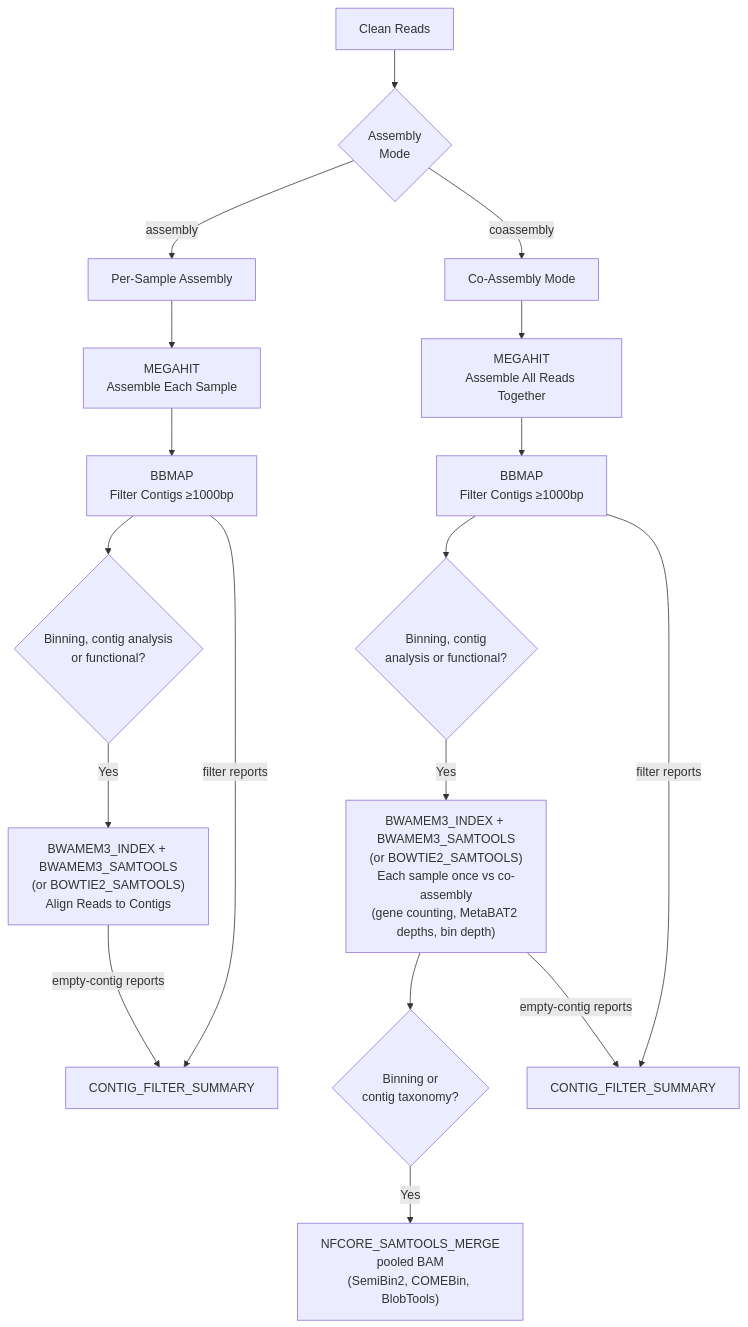
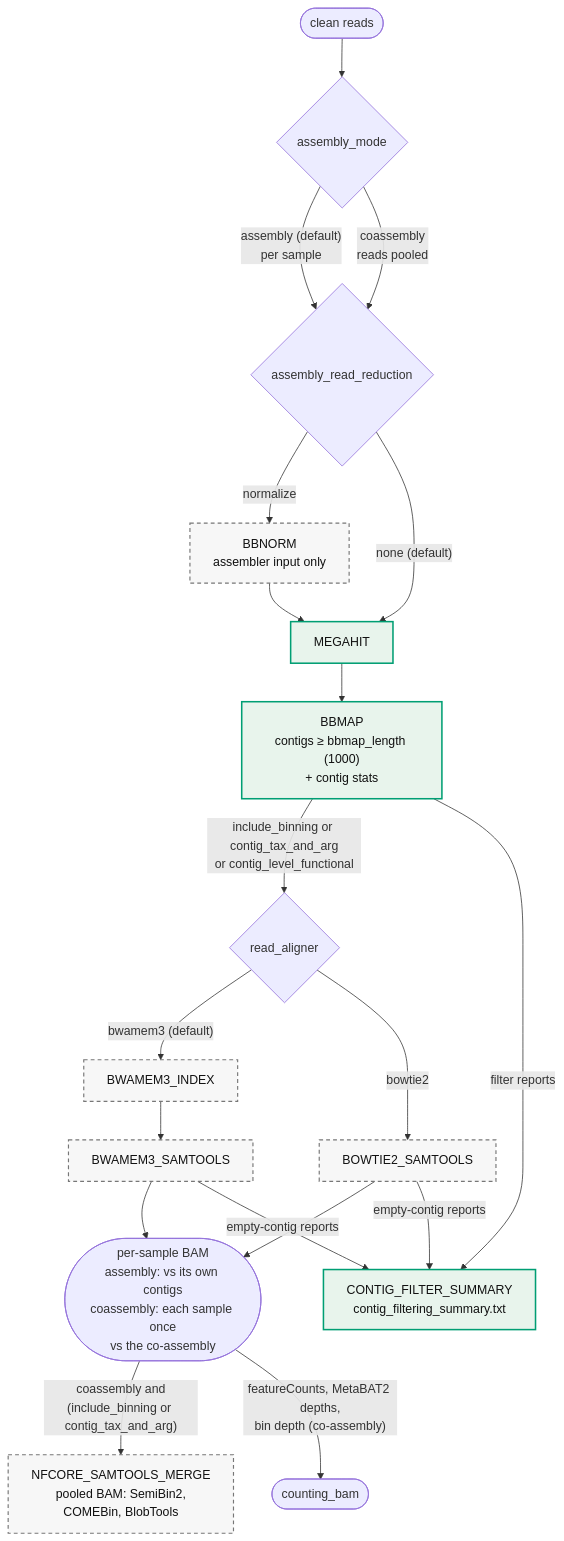
One commit to gene2dis/BugBuster changed the seventh of 13 diagrams in docs/WORKFLOW_DIAGRAM.md. Above: the diagram before and after it, drawn with Mermaid. The commit also changed other lines of this file and 2 other files, not shown here.

First line of the commit message:
docs(diagrams): bring WORKFLOW_DIAGRAM.md in step with main.nf (roadmap D1)

````diff
--- a/docs/WORKFLOW_DIAGRAM.md
+++ b/docs/WORKFLOW_DIAGRAM.md
@@ -215,22 +259,25 @@
 ```mermaid
 flowchart TD
-    Reads[Clean Reads] --> Mode{Assembly<br/>Mode}
-    
-    Mode -->|assembly| PerSample[Per-Sample Assembly]
-    PerSample --> MEGAHIT1[MEGAHIT<br/>Assemble Each Sample]
-    MEGAHIT1 --> BBMAP1[BBMAP<br/>Filter Contigs ≥1000bp]
-    BBMAP1 --> Align1{Binning, contig analysis<br/>or functional?}
-    Align1 -->|Yes| Bowtie1["BWAMEM3_INDEX + BWAMEM3_SAMTOOLS<br/>(or BOWTIE2_SAMTOOLS)<br/>Align Reads to Contigs"]
-    BBMAP1 -->|filter reports| Summary1[CONTIG_FILTER_SUMMARY]
-    Bowtie1 -->|empty-contig reports| Summary1
-    
-    Mode -->|coassembly| CoAssembly[Co-Assembly Mode]
-    CoAssembly --> MEGAHIT2[MEGAHIT<br/>Assemble All Reads Together]
-    MEGAHIT2 --> BBMAP2[BBMAP<br/>Filter Contigs ≥1000bp]
-    BBMAP2 --> Align2{Binning, contig<br/>analysis or functional?}
-    Align2 -->|Yes| Bowtie2["BWAMEM3_INDEX + BWAMEM3_SAMTOOLS<br/>(or BOWTIE2_SAMTOOLS)<br/>Each sample once vs co-assembly<br/>(gene counting, MetaBAT2 depths, bin depth)"]
-    Bowtie2 --> Merge{Binning or<br/>contig taxonomy?}
-    Merge -->|Yes| Pooled["NFCORE_SAMTOOLS_MERGE<br/>pooled BAM<br/>(SemiBin2, COMEBin, BlobTools)"]
-    BBMAP2 -->|filter reports| Summary2[CONTIG_FILTER_SUMMARY]
-    Bowtie2 -->|empty-contig reports| Summary2
+    Clean(["clean reads"]) --> Mode{assembly_mode}
+    Mode -->|"assembly (default)<br/>per sample"| Red
+    Mode -->|"coassembly<br/>reads pooled"| Red
+    Red{assembly_read_reduction} -->|normalize| BBNORM["BBNORM<br/>assembler input only"]
+    Red -->|"none (default)"| MEGAHIT
+    BBNORM --> MEGAHIT
+    MEGAHIT --> BBMAP["BBMAP<br/>contigs ≥ bbmap_length (1000)<br/>+ contig stats"]
+
+    BBMAP -->|"include_binning or contig_tax_and_arg<br/>or contig_level_functional"| Aln{read_aligner}
+    Aln -->|"bwamem3 (default)"| BWAMEM3_INDEX --> BWAMEM3_SAMTOOLS
+    Aln -->|bowtie2| BOWTIE2_SAMTOOLS
+    BWAMEM3_SAMTOOLS & BOWTIE2_SAMTOOLS --> SampleBAM(["per-sample BAM<br/>assembly: vs its own contigs<br/>coassembly: each sample once<br/>vs the co-assembly"])
+    SampleBAM -->|"coassembly and<br/>(include_binning or contig_tax_and_arg)"| NFCORE_SAMTOOLS_MERGE["NFCORE_SAMTOOLS_MERGE<br/>pooled BAM: SemiBin2,<br/>COMEBin, BlobTools"]
+    SampleBAM -->|"featureCounts, MetaBAT2 depths,<br/>bin depth (co-assembly)"| Out(["counting_bam"])
+
+    BBMAP -->|filter reports| CONTIG_FILTER_SUMMARY
+    BWAMEM3_SAMTOOLS & BOWTIE2_SAMTOOLS -->|empty-contig reports| CONTIG_FILTER_SUMMARY["CONTIG_FILTER_SUMMARY<br/>contig_filtering_summary.txt"]
+
+    classDef on fill:#E8F4EC,stroke:#009E73,stroke-width:2px,color:#111
+    classDef opt fill:#F7F7F7,stroke:#777,stroke-width:1.5px,stroke-dasharray:5 4,color:#111
+    class MEGAHIT,BBMAP,CONTIG_FILTER_SUMMARY on
+    class BBNORM,BWAMEM3_INDEX,BWAMEM3_SAMTOOLS,BOWTIE2_SAMTOOLS,NFCORE_SAMTOOLS_MERGE opt
 ```
````
